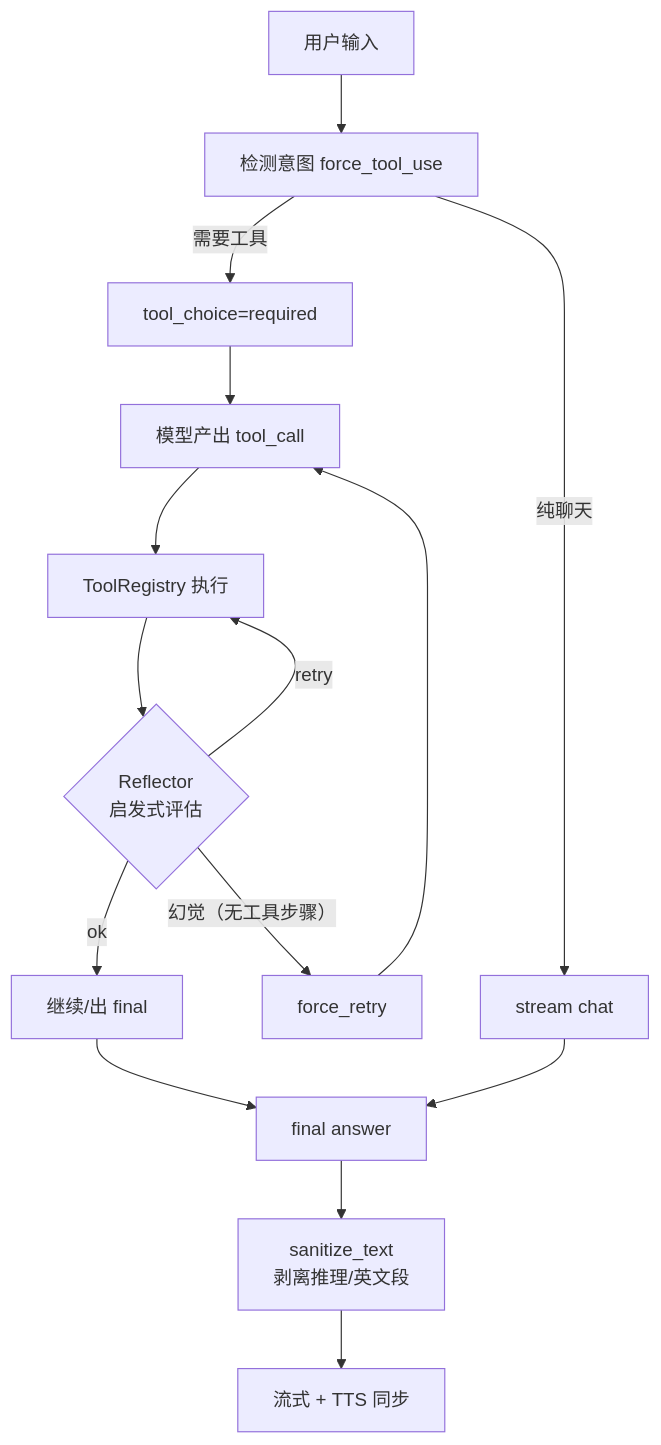
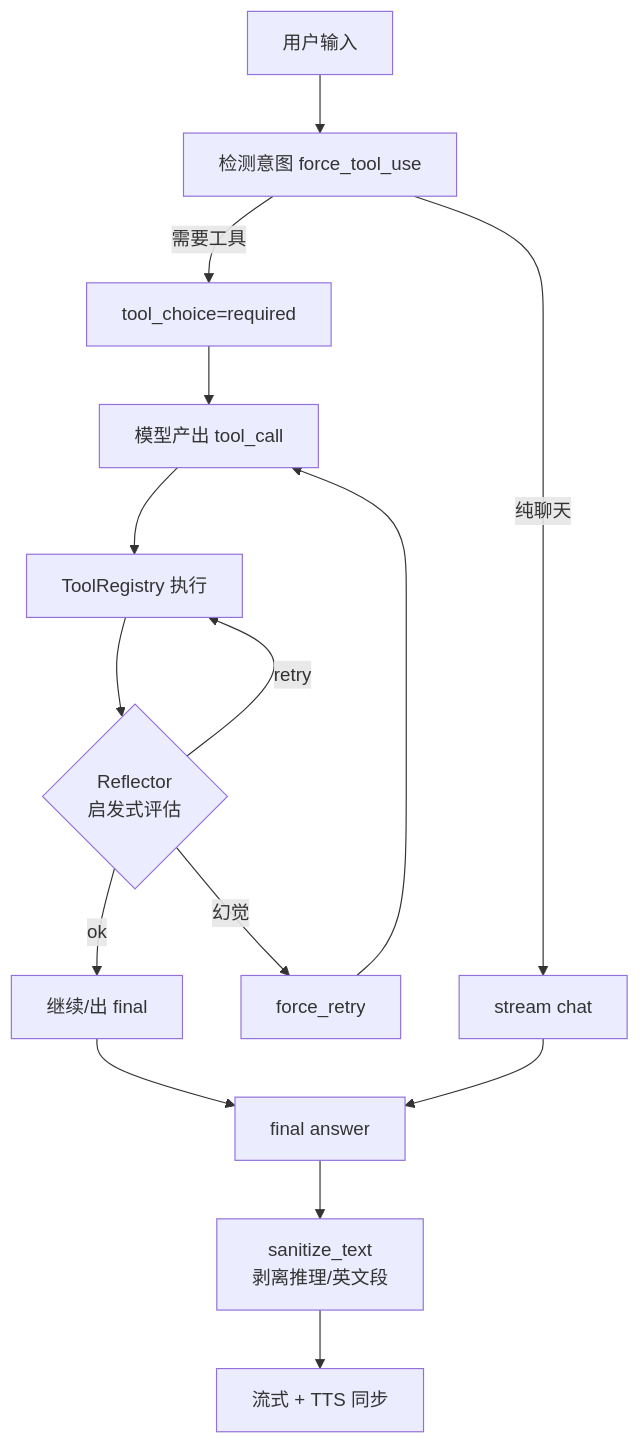
The third of 6 diagrams in docs/architecture.md (255856/Smart-Desktop-Pet), drawn with Mermaid before and after one commit. The commit also changed other lines of this file and 10 other files, not shown here.

````diff
--- a/docs/architecture.md
+++ b/docs/architecture.md
@@ -62,17 +66,17 @@
 ```mermaid
 flowchart TD
     A[用户输入] --> B[检测意图 force_tool_use]
     B -->|需要工具| C[tool_choice=required]
     B -->|纯聊天| D[stream chat]
     C --> E[模型产出 tool_call]
     E --> F[ToolRegistry 执行]
     F --> G{Reflector<br/>启发式评估}
     G -->|ok| H[继续/出 final]
     G -->|retry| F
-    G -->|幻觉（无工具步骤）| I[force_retry]
+    G -->|幻觉| I[force_retry]
     I --> E
     H --> J[final answer]
     D --> J
     J --> K[sanitize_text<br/>剥离推理/英文段]
     K --> L[流式 + TTS 同步]
 ```
````
